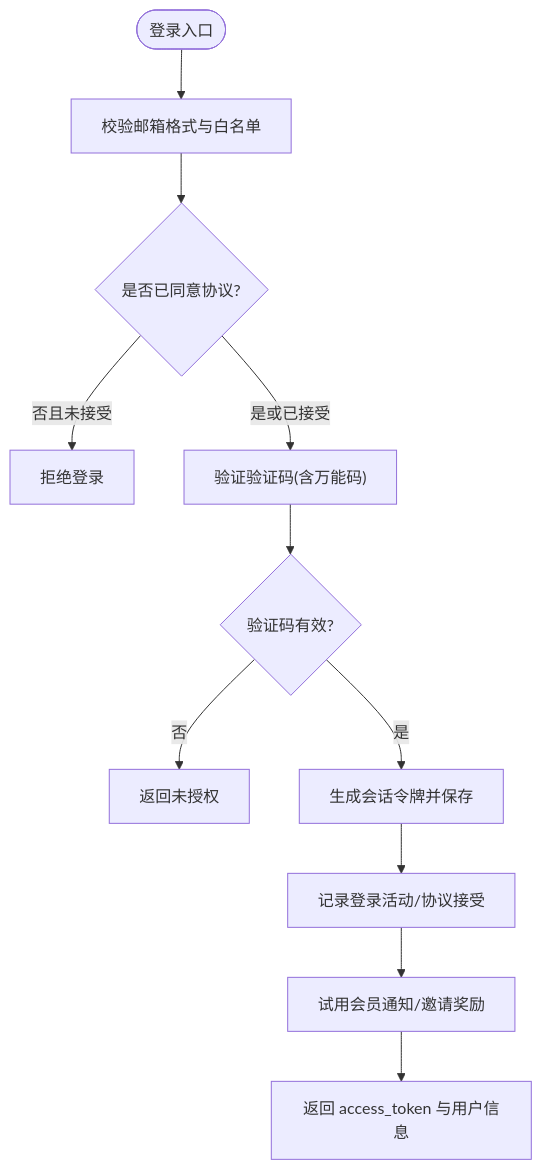
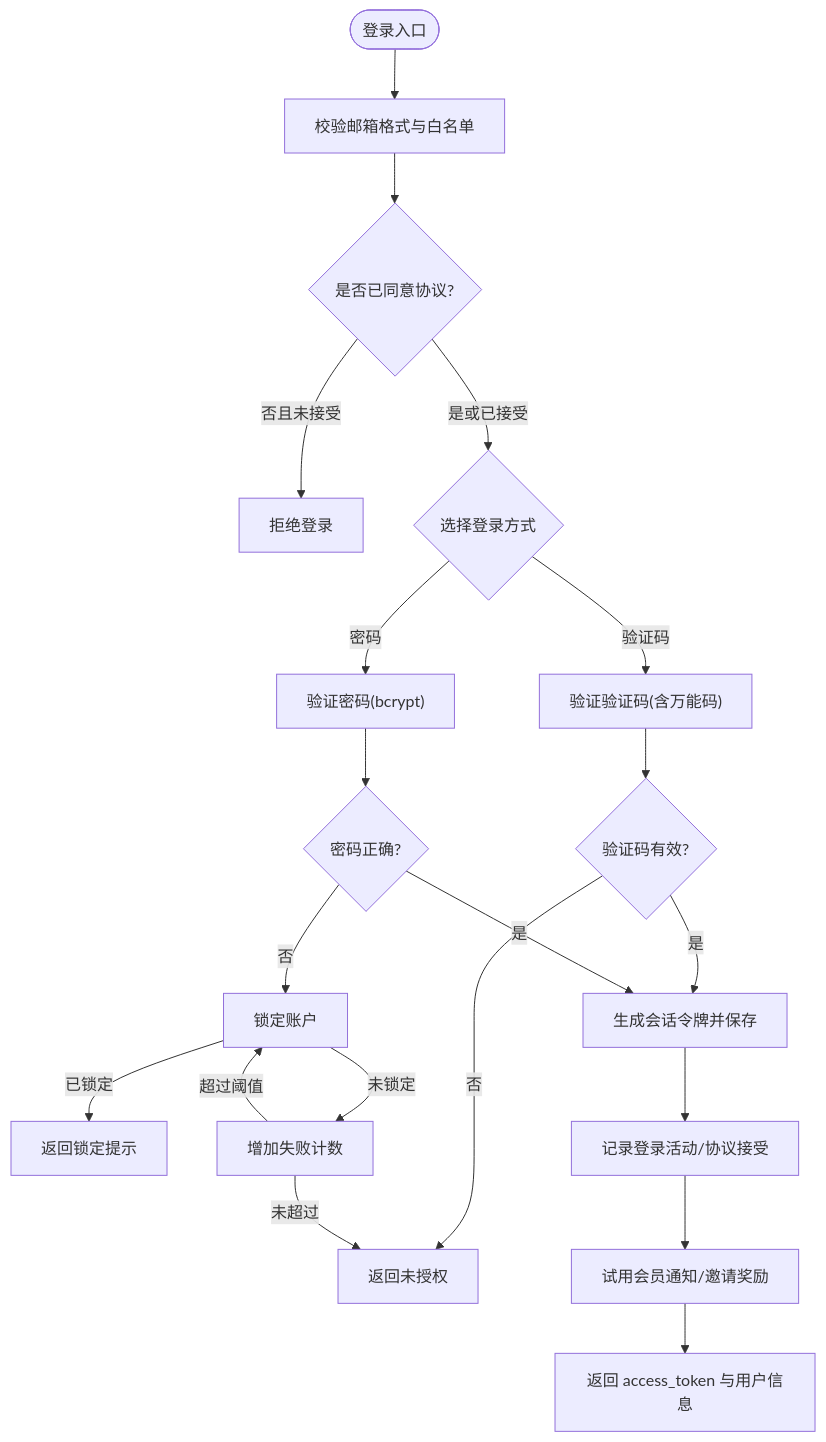
Before and after one commit to alvinwangzi/goodhr: the third of 7 diagrams in .qoder/repowiki/zh/content/云端后端服务/用户认证系统/用户认证系统.md, drawn with Mermaid. The commit also changed other lines of this file and 10 other files, not shown here.

````diff
--- a/.qoder/repowiki/zh/content/云端后端服务/用户认证系统/用户认证系统.md
+++ b/.qoder/repowiki/zh/content/云端后端服务/用户认证系统/用户认证系统.md
@@ -142,13 +163,22 @@
 ```mermaid
 flowchart TD
 Start(["登录入口"]) --> ValidateEmail["校验邮箱格式与白名单"]
 ValidateEmail --> CheckAgreement{"是否已同意协议?"}
 CheckAgreement --> |否且未接受| Block["拒绝登录"]
-CheckAgreement --> |是或已接受| VerifyCode["验证验证码(含万能码)"]
+CheckAgreement --> |是或已接受| ChooseMethod{"选择登录方式"}
+ChooseMethod --> |验证码| VerifyCode["验证验证码(含万能码)"]
+ChooseMethod --> |密码| VerifyPassword["验证密码(bcrypt)"]
 VerifyCode --> Valid{"验证码有效?"}
 Valid --> |否| Unauthorized["返回未授权"]
 Valid --> |是| CreateSession["生成会话令牌并保存"]
+VerifyPassword --> PwdValid{"密码正确?"}
+PwdValid --> |否| LockAccount["检查账户锁定状态"]
+LockAccount --> |已锁定| ReturnLocked["返回锁定提示"]
+LockAccount --> |未锁定| IncrementFail["增加失败计数"]
+IncrementFail --> |超过阈值| LockAccount["锁定账户"]
+IncrementFail --> |未超过| Unauthorized["返回未授权"]
+PwdValid --> |是| CreateSession
 CreateSession --> RecordActivity["记录登录活动/协议接受"]
 RecordActivity --> Notify["试用会员通知/邀请奖励"]
 Notify --> ReturnToken["返回 access_token 与用户信息"]
 ```
````
